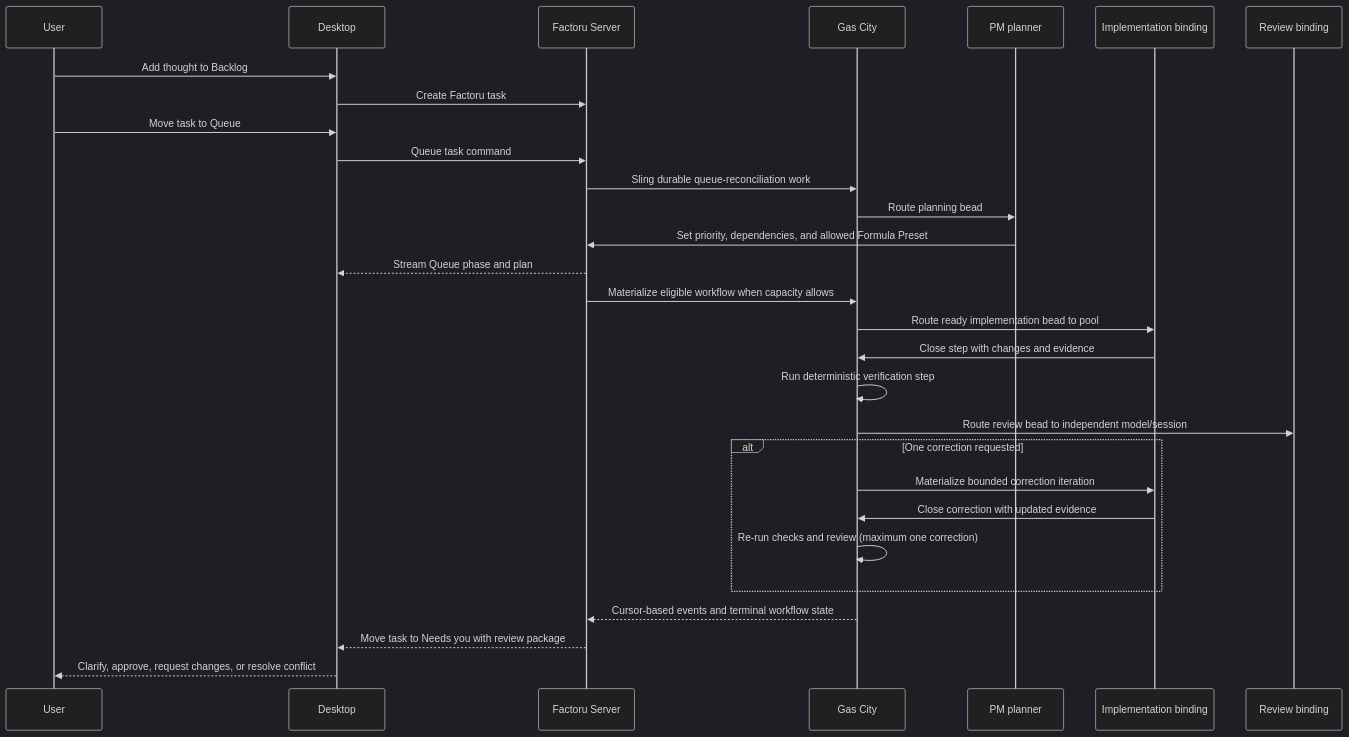
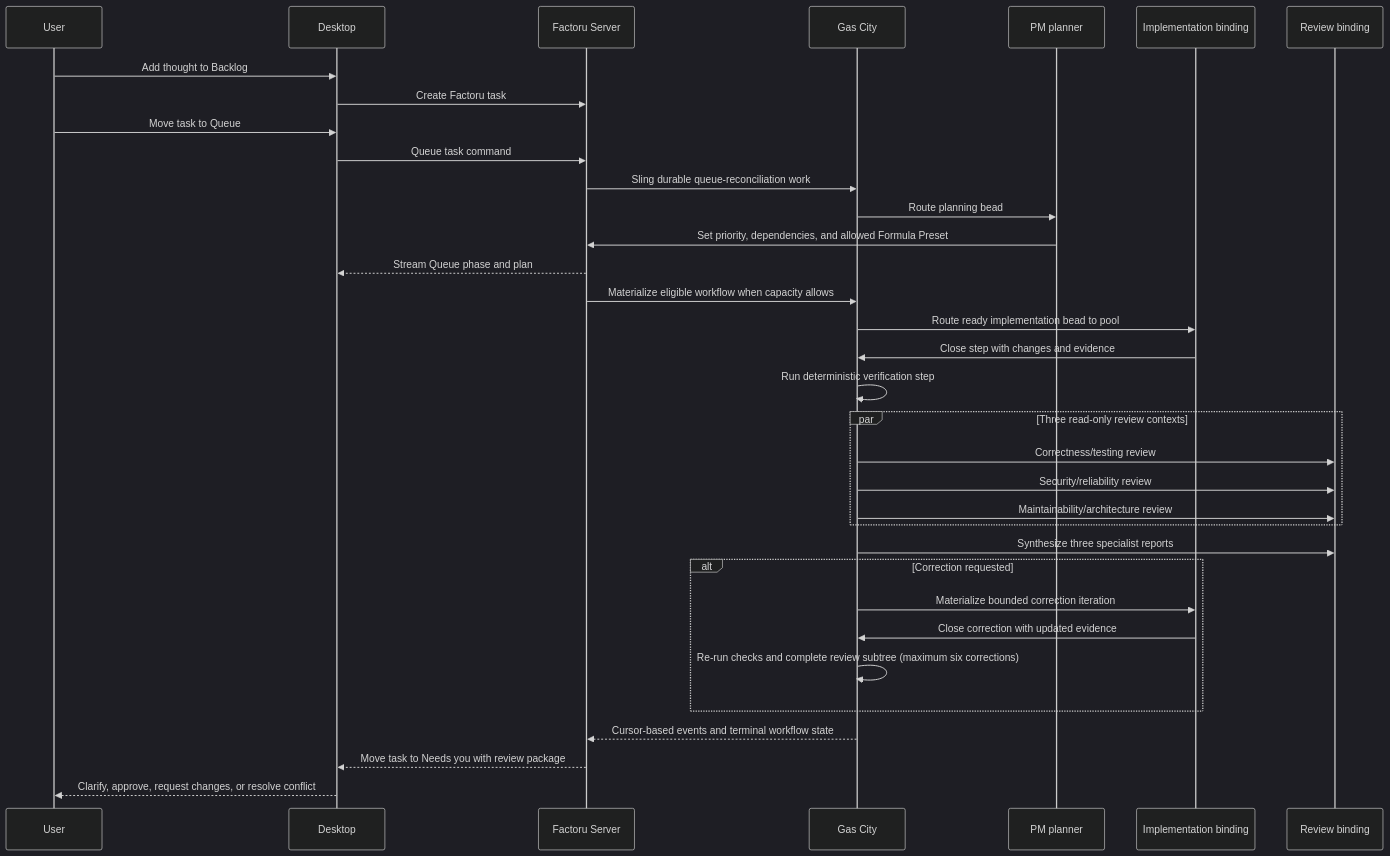
The eighth of 9 diagrams in docs/ARCHITECTURE.md (RUverse/factoru), drawn with Mermaid (dark theme) before and after one commit. The commit also changed other lines of this file and 49 other files, not shown here.

````diff
--- a/docs/ARCHITECTURE.md
+++ b/docs/ARCHITECTURE.md
@@ -885,32 +891,37 @@
 ```mermaid
 sequenceDiagram
     participant U as User
     participant D as Desktop
     participant S as Factoru Server
     participant G as Gas City
     participant PM as PM planner
     participant W as Implementation binding
     participant R as Review binding
 
     U->>D: Add thought to Backlog
     D->>S: Create Factoru task
     U->>D: Move task to Queue
     D->>S: Queue task command
     S->>G: Sling durable queue-reconciliation work
     G->>PM: Route planning bead
     PM->>S: Set priority, dependencies, and allowed Formula Preset
     S-->>D: Stream Queue phase and plan
     S->>G: Materialize eligible workflow when capacity allows
     G->>W: Route ready implementation bead to pool
     W->>G: Close step with changes and evidence
     G->>G: Run deterministic verification step
-    G->>R: Route review bead to independent model/session
-    alt One correction requested
+    par Three read-only review contexts
+        G->>R: Correctness/testing review
+        G->>R: Security/reliability review
+        G->>R: Maintainability/architecture review
+    end
+    G->>R: Synthesize three specialist reports
+    alt Correction requested
         G->>W: Materialize bounded correction iteration
         W->>G: Close correction with updated evidence
-        G->>G: Re-run checks and review (maximum one correction)
+        G->>G: Re-run checks and complete review subtree (maximum six corrections)
     end
     G-->>S: Cursor-based events and terminal workflow state
     S-->>D: Move task to Needs you with review package
     D-->>U: Clarify, approve, request changes, or resolve conflict
 ```
````
